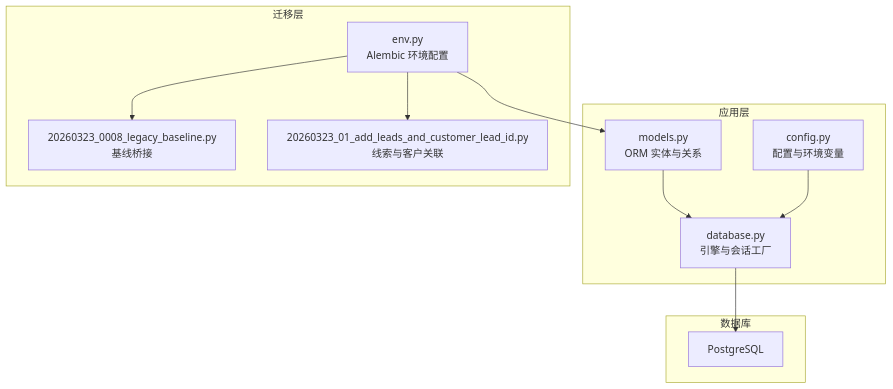
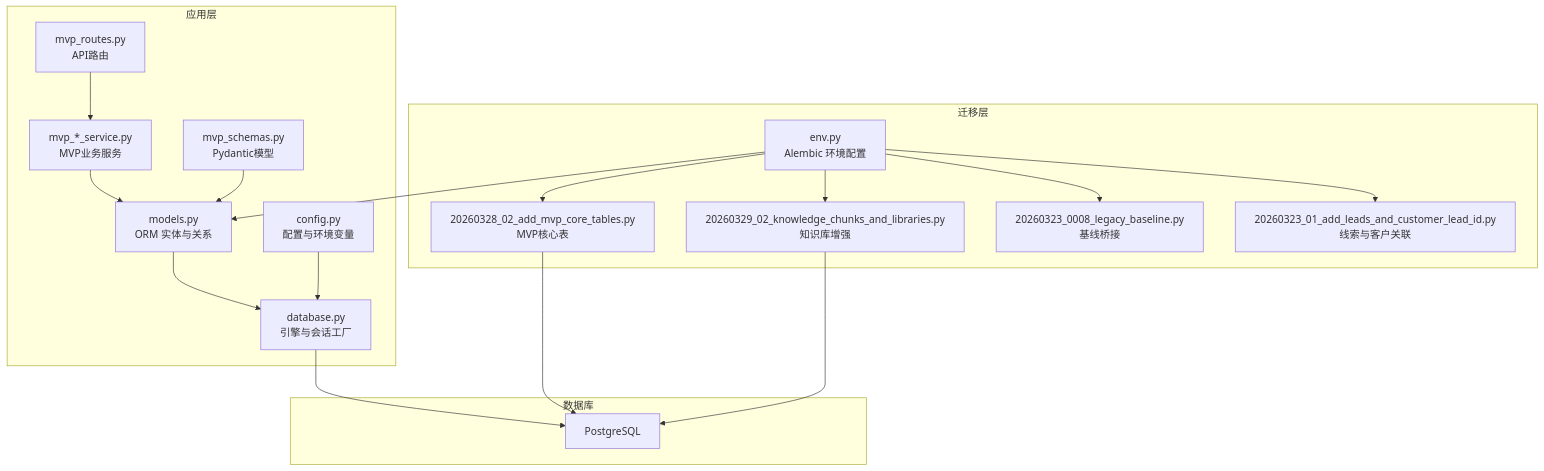
One commit to dream-ze/AI_huoke- changed the first of 6 diagrams in .qoder/repowiki/zh/content/数据库设计/数据库设计.md. Above: the diagram before and after it, drawn with Mermaid. The commit also changed other lines of this file and 25 other files, not shown here.

````diff
--- a/.qoder/repowiki/zh/content/数据库设计/数据库设计.md
+++ b/.qoder/repowiki/zh/content/数据库设计/数据库设计.md
@@ -32,22 +41,34 @@
 ```mermaid
 graph TB
 subgraph "应用层"
 A["models.py<br/>ORM 实体与关系"]
 B["database.py<br/>引擎与会话工厂"]
 C["config.py<br/>配置与环境变量"]
+D["mvp_*_service.py<br/>MVP业务服务"]
+E["mvp_routes.py<br/>API路由"]
+F["mvp_schemas.py<br/>Pydantic模型"]
 end
 subgraph "迁移层"
-D["env.py<br/>Alembic 环境配置"]
-E["20260323_0008_legacy_baseline.py<br/>基线桥接"]
-F["20260323_01_add_leads_and_customer_lead_id.py<br/>线索与客户关联"]
+G["env.py<br/>Alembic 环境配置"]
+H["20260328_02_add_mvp_core_tables.py<br/>MVP核心表"]
+I["20260329_02_knowledge_chunks_and_libraries.py<br/>知识库增强"]
+J["20260323_0008_legacy_baseline.py<br/>基线桥接"]
+K["20260323_01_add_leads_and_customer_lead_id.py<br/>线索与客户关联"]
 end
 subgraph "数据库"
 PG["PostgreSQL"]
 end
 A --> B
 B --> PG
 C --> B
 D --> A
-D --> E
-D --> F
+E --> D
+F --> A
+G --> A
+G --> H
+G --> I
+G --> J
+G --> K
+H --> PG
+I --> PG
 ```
````
